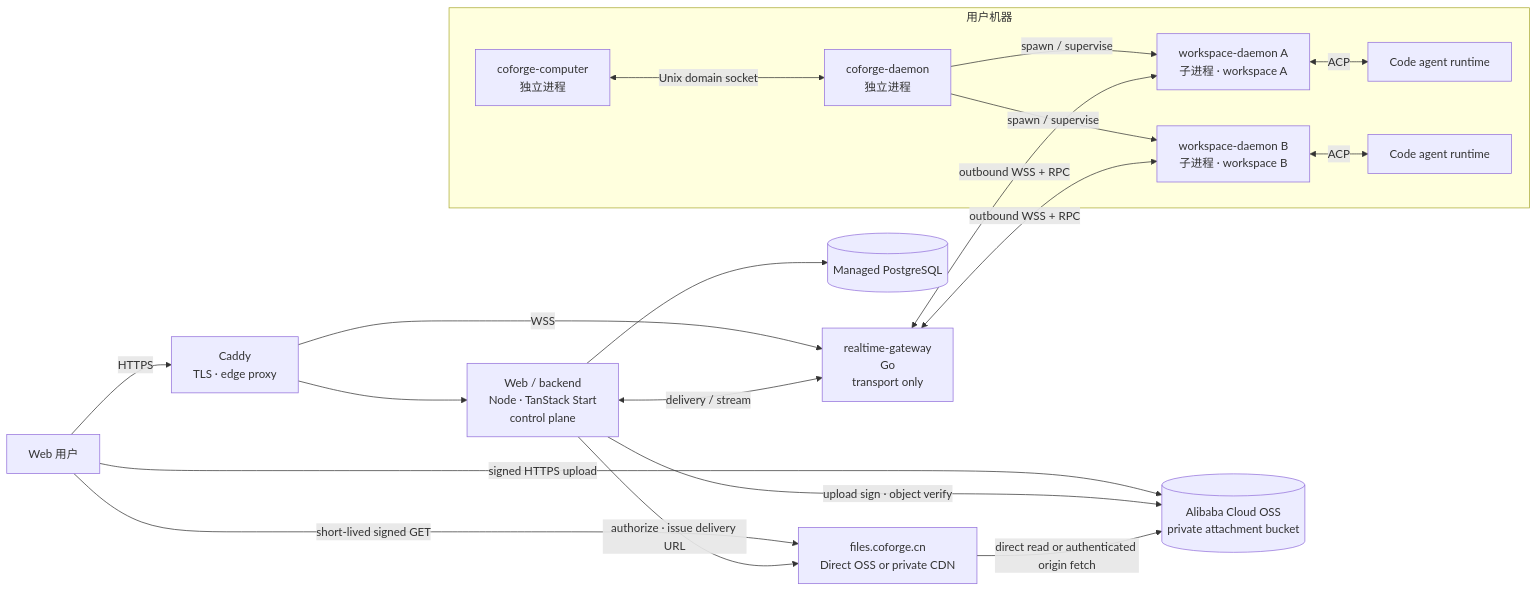
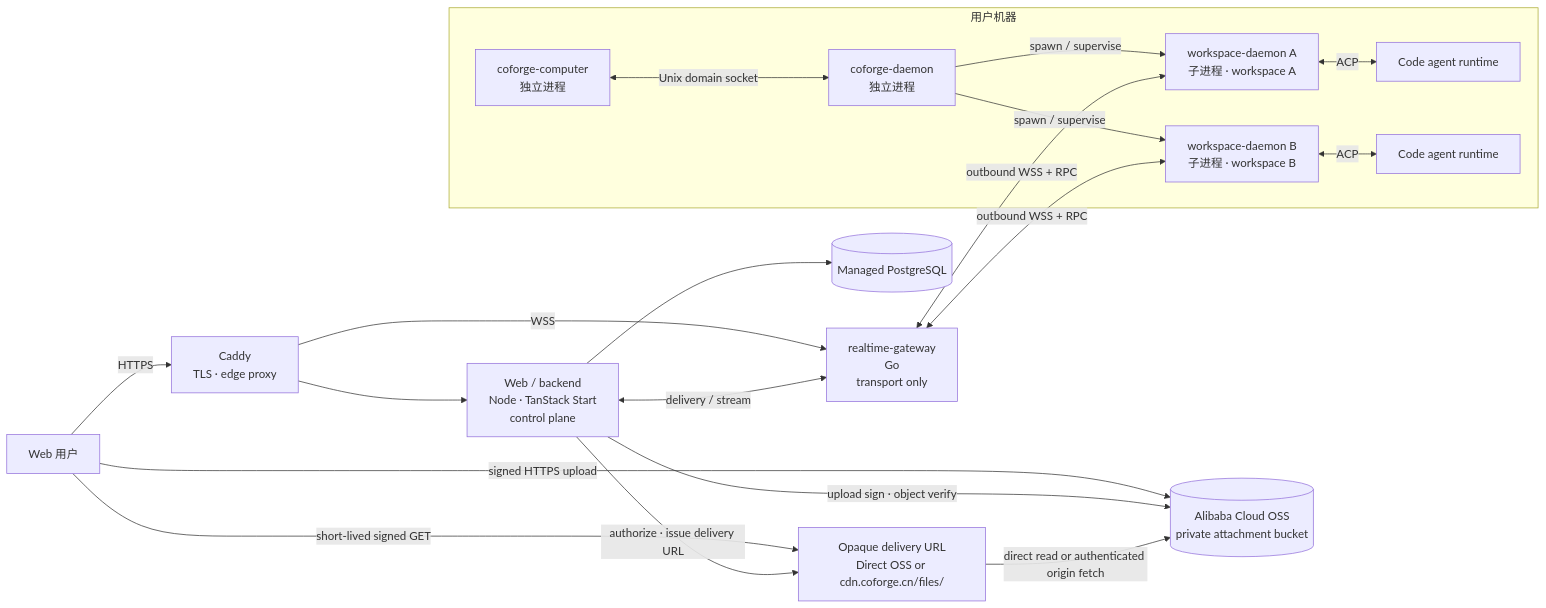
Before and after one commit to LRM-Teams/coforge: the diagram in docs/architecture.md, drawn with Mermaid. The commit also changed other lines of this file and 4 other files, not shown here.

````diff
--- a/docs/architecture.md
+++ b/docs/architecture.md
@@ -25,31 +25,31 @@
 ```mermaid
 flowchart LR
     User[Web 用户] -->|HTTPS| Caddy[Caddy<br/>TLS · edge proxy]
     User -->|signed HTTPS upload| OSS[(Alibaba Cloud OSS<br/>private attachment bucket)]
-    User -->|short-lived signed GET| Delivery[files.coforge.cn<br/>Direct OSS or private CDN]
+    User -->|short-lived signed GET| Delivery[Opaque delivery URL<br/>Direct OSS or cdn.coforge.cn/files/]
     Caddy --> Web[Web / backend<br/>Node · TanStack Start<br/>control plane]
     Caddy -->|WSS| Gateway[realtime-gateway<br/>Go<br/>transport only]
     Web --> DB[(Managed PostgreSQL)]
     Web -->|upload sign · object verify| OSS
     Web -->|authorize · issue delivery URL| Delivery
     Delivery -->|direct read or authenticated origin fetch| OSS
     Web <-->|delivery / stream| Gateway
 
     subgraph Host[用户机器]
         Computer[coforge-computer<br/>独立进程]
         Daemon[coforge-daemon<br/>独立进程]
         WD1[workspace-daemon A<br/>子进程 · workspace A]
         WD2[workspace-daemon B<br/>子进程 · workspace B]
         Agent1[Code agent runtime]
         Agent2[Code agent runtime]
 
         Computer <-->|Unix domain socket| Daemon
         Daemon -->|spawn / supervise| WD1
         Daemon -->|spawn / supervise| WD2
         WD1 <-->|ACP| Agent1
         WD2 <-->|ACP| Agent2
     end
 
     Gateway <-->|outbound WSS + RPC| WD1
     Gateway <-->|outbound WSS + RPC| WD2
 ```
````
